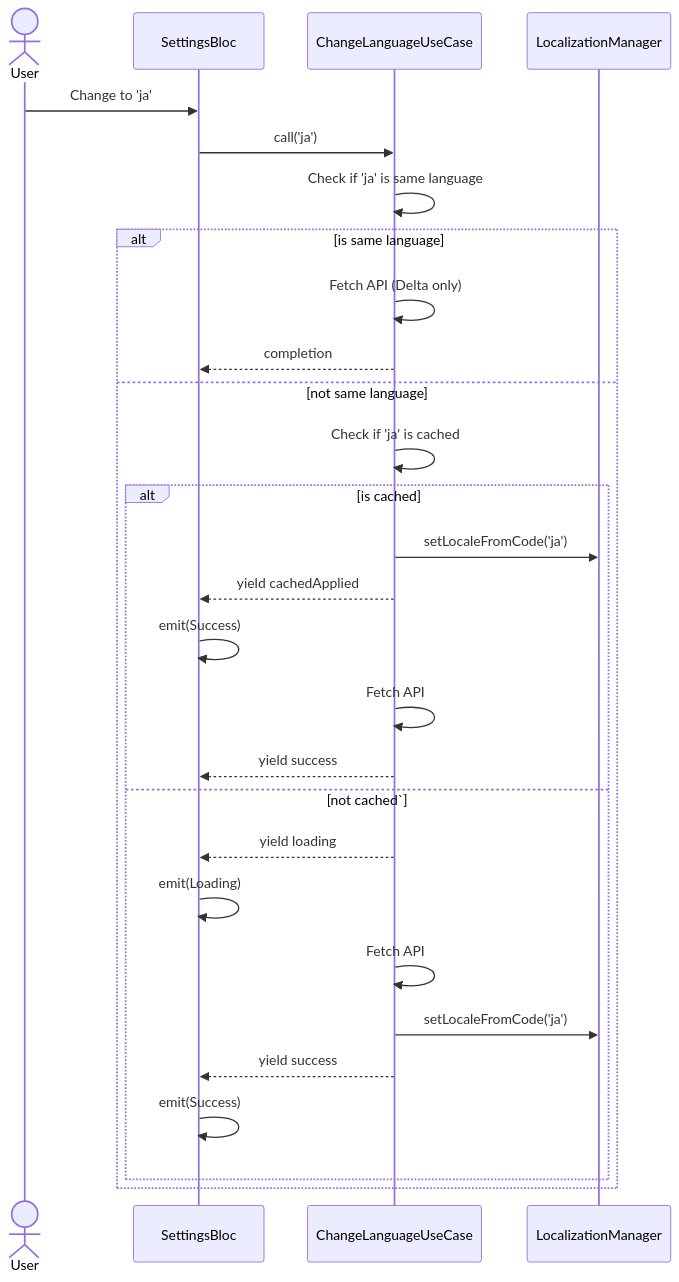
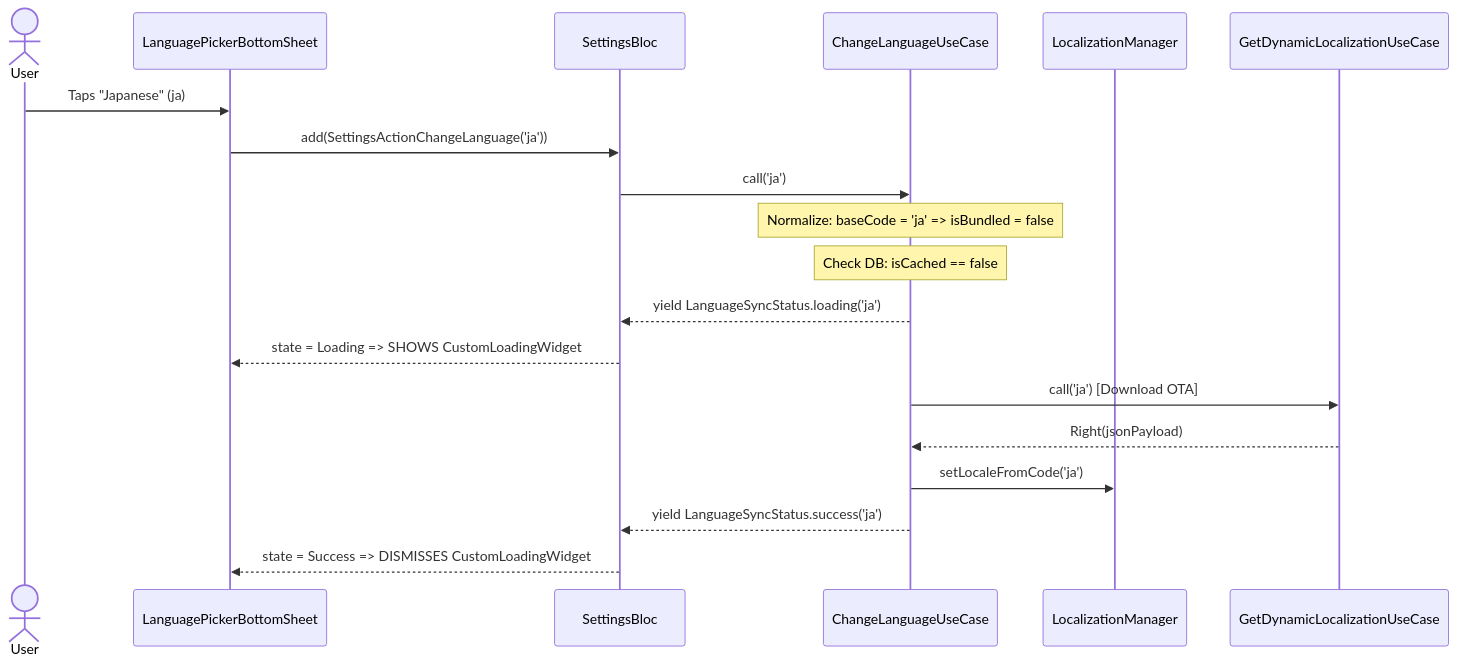
One commit to DanhDue/bloc_digital_wallet changed the fourth of 4 diagrams in .devtool/epic/settings_bugfixes/settings_bugfixes.en.md. Above: the diagram before and after it, drawn with Mermaid. The commit also changed other lines of this file and 8 other files, not shown here.

First line of the commit message:
[SETTINGS_BUGFIXES] Update HLD and Kanban tasks for language switching bugfix

````diff
--- a/.devtool/epic/settings_bugfixes/settings_bugfixes.en.md
+++ b/.devtool/epic/settings_bugfixes/settings_bugfixes.en.md
@@ -49,31 +130,25 @@
 ```mermaid
 sequenceDiagram
     actor User
+    participant Picker as LanguagePickerBottomSheet
     participant Bloc as SettingsBloc
     participant UC as ChangeLanguageUseCase
     participant LM as LocalizationManager
+    participant Remote as GetDynamicLocalizationUseCase
+
+    User->>Picker: Taps "Japanese" (ja)
+    Picker->>Bloc: add(SettingsActionChangeLanguage('ja'))
+    Bloc->>UC: call('ja')
     
-    User->>Bloc: Change to 'ja'
-    Bloc->>UC: call('ja')
-    UC->>UC: Check if 'ja' is same language
-    alt is same language
-        UC->>UC: Fetch API (Delta only)
-        UC-->>Bloc: completion
-    else not same language
-        UC->>UC: Check if 'ja' is cached
-        alt is cached
-            UC->>LM: setLocaleFromCode('ja')
-            UC-->>Bloc: yield cachedApplied
-            Bloc->>Bloc: emit(Success)
-            UC->>UC: Fetch API
-            UC-->>Bloc: yield success
-        else not cached`
-            UC-->>Bloc: yield loading
-            Bloc->>Bloc: emit(Loading)
-            UC->>UC: Fetch API
-            UC->>LM: setLocaleFromCode('ja')
-            UC-->>Bloc: yield success
-            Bloc->>Bloc: emit(Success)
-        end
-    end
+    Note over UC: Normalize: baseCode = 'ja' => isBundled = false
+    Note over UC: Check DB: isCached == false
+    
+    UC-->>Bloc: yield LanguageSyncStatus.loading('ja')
+    Bloc-->>Picker: state = Loading => SHOWS CustomLoadingWidget
+    
+    UC->>Remote: call('ja') [Download OTA]
+    Remote-->>UC: Right(jsonPayload)
+    UC->>LM: setLocaleFromCode('ja')
+    UC-->>Bloc: yield LanguageSyncStatus.success('ja')
+    Bloc-->>Picker: state = Success => DISMISSES CustomLoadingWidget
 ```
````
